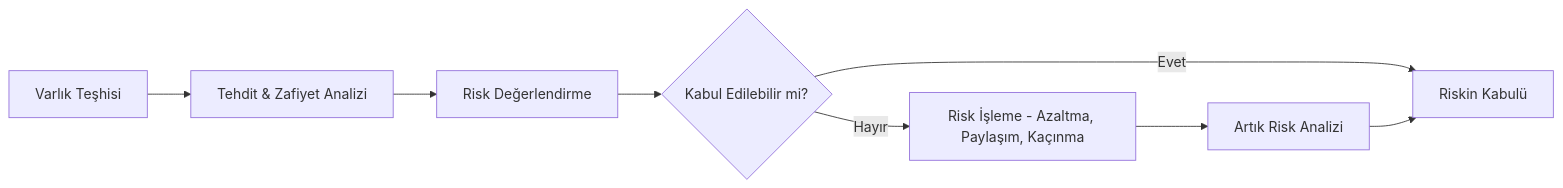
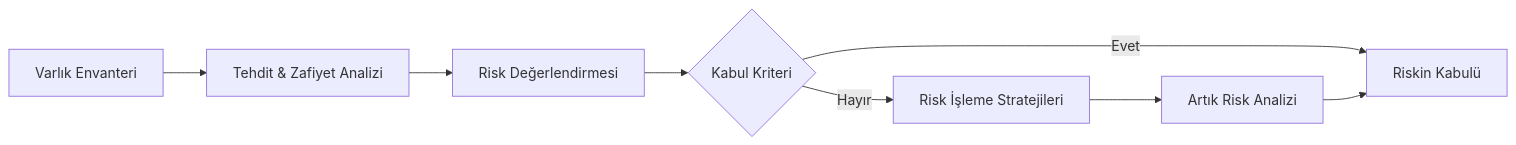
One commit to arch-yunus/BGYS-Egitim-Notlari changed the diagram in modules/02-risk-yonetimi.md. Above: the diagram before and after it, drawn with Mermaid. The commit also changed other lines of this file and 11 other files, not shown here.

````diff
--- a/modules/02-risk-yonetimi.md
+++ b/modules/02-risk-yonetimi.md
@@ -14,10 +14,10 @@
 ```mermaid
 graph LR
-    A[Varlık Teşhisi] --> B[Tehdit & Zafiyet Analizi]
-    B --> C[Risk Değerlendirme]
-    C --> D{Kabul Edilebilir mi?}
-    D -- Hayır --> E[Risk İşleme - Azaltma, Paylaşım, Kaçınma]
+    A[Varlık Envanteri] --> B[Tehdit & Zafiyet Analizi]
+    B --> C[Risk Değerlendirmesi]
+    C --> D{Kabul Kriteri}
+    D -- Hayır --> E[Risk İşleme Stratejileri]
     D -- Evet --> F[Riskin Kabulü]
     E --> G[Artık Risk Analizi]
     G --> F
 ```
````
